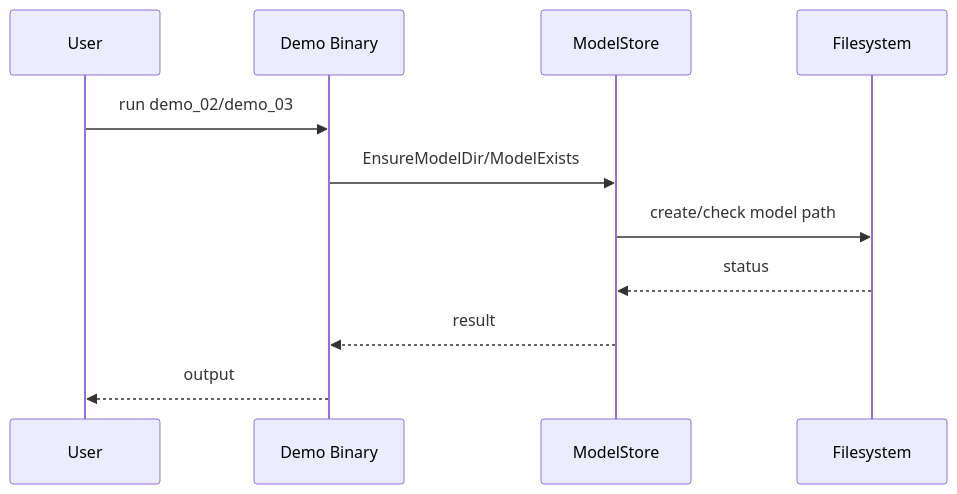
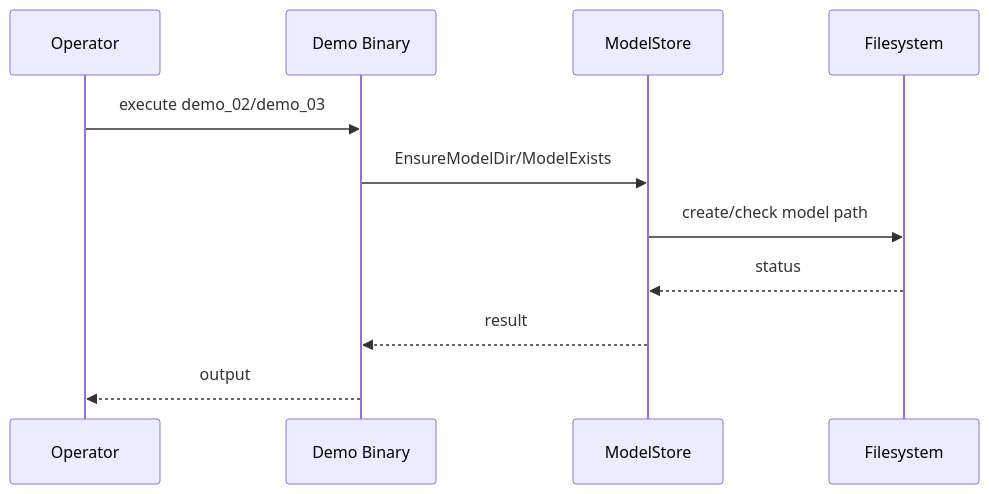
Before and after one commit to cschladetsch/CppToRustAI: the second of 2 diagrams in README.md, drawn with Mermaid. The commit also changed other lines of this file, not shown here.

Commit message:
Adjust README headings and diagram phrasing

````diff
--- a/README.md
+++ b/README.md
@@ -46,13 +46,13 @@
 ```mermaid
 sequenceDiagram
-  participant U as User
+  participant U as Operator
   participant D as Demo Binary
   participant M as ModelStore
   participant FS as Filesystem
-  U->>D: run demo_02/demo_03
+  U->>D: execute demo_02/demo_03
   D->>M: EnsureModelDir/ModelExists
   M->>FS: create/check model path
   FS-->>M: status
   M-->>D: result
   D-->>U: output
 ```
````
